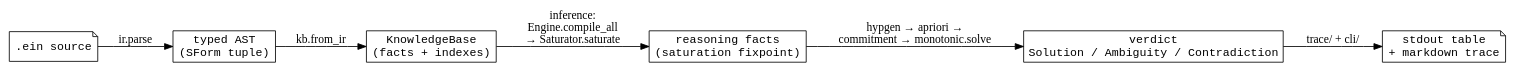
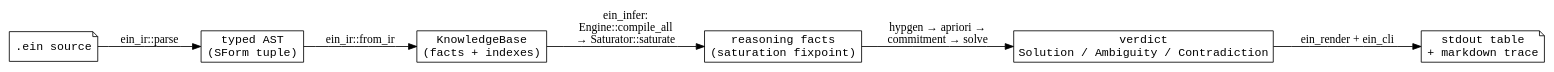
Before and after one commit to agutikov/ein: the first of 3 diagrams in docs/kernel/architecture.md, drawn with Graphviz. The commit also changed other lines of this file and 75 other files, not shown here.

````diff
--- a/docs/kernel/architecture.md
+++ b/docs/kernel/architecture.md
@@ -13,19 +13,19 @@
 ```dot
 digraph dataflow {
   rankdir=LR;
   node [shape=box, fontname="monospace"];
 
   src   [label=".ein source", shape=note];
   ast   [label="typed AST\n(SForm tuple)"];
   kb    [label="KnowledgeBase\n(facts + indexes)"];
   sat   [label="reasoning facts\n(saturation fixpoint)"];
   verd  [label="verdict\nSolution / Ambiguity / Contradiction"];
   out   [label="stdout table\n+ markdown trace", shape=note];
 
-  src  -> ast  [label="ir.parse"];
-  ast  -> kb   [label="kb.from_ir"];
-  kb   -> sat  [label="inference:\nEngine.compile_all\n→ Saturator.saturate"];
-  sat  -> verd [label="hypgen → apriori →\ncommitment → monotonic.solve"];
-  verd -> out  [label="trace/ + cli/"];
+  src  -> ast  [label="ein_ir::parse"];
+  ast  -> kb   [label="ein_ir::from_ir"];
+  kb   -> sat  [label="ein_infer:\nEngine::compile_all\n→ Saturator::saturate"];
+  sat  -> verd [label="hypgen → apriori →\ncommitment → solve"];
+  verd -> out  [label="ein_render + ein_cli"];
 }
 ```
````
